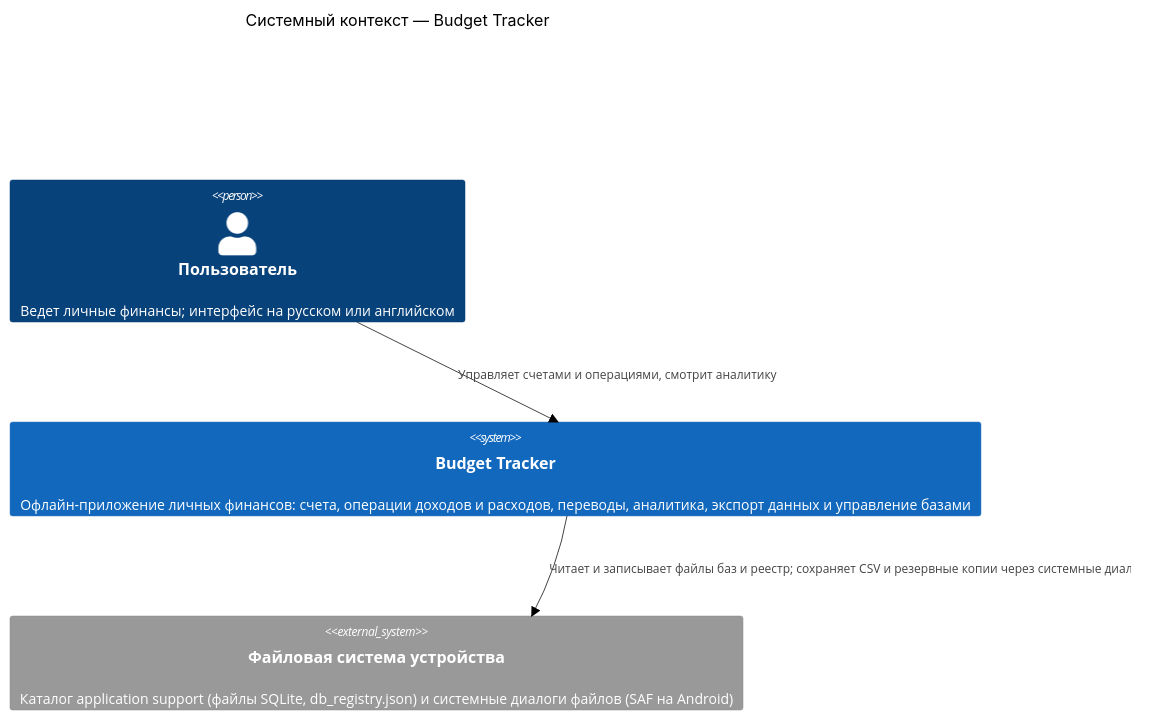
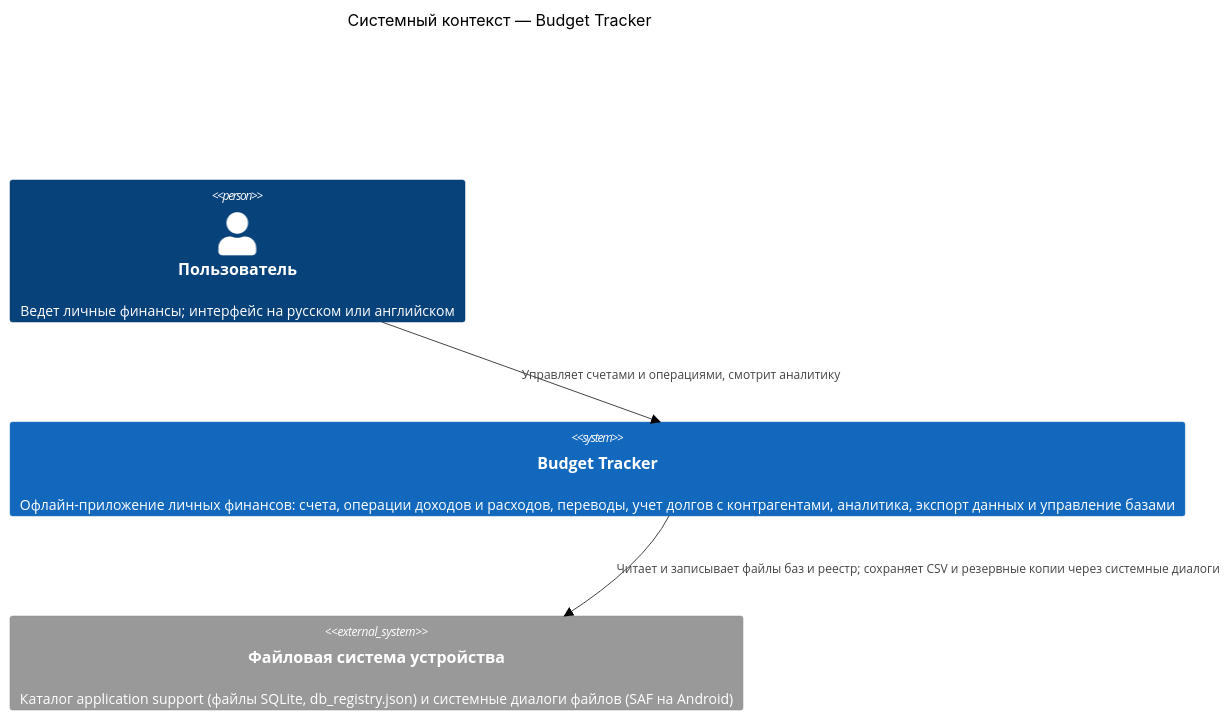
The first of 3 diagrams in docs/architecture/ARCHITECTURE.md (Rico631/budget_tracker), drawn with Mermaid (forest theme) before and after one commit. The commit also changed other lines of this file and 1 other file, not shown here.

First line of the commit message:
docs: refresh architecture snapshot and README for debt tracking

````diff
--- a/docs/architecture/ARCHITECTURE.md
+++ b/docs/architecture/ARCHITECTURE.md
@@ -69,13 +71,13 @@
 ```mermaid
 C4Context
   title Системный контекст — Budget Tracker
 
   Person(user, "Пользователь", "Ведет личные финансы; интерфейс на русском или английском")
 
-  System(bt, "Budget Tracker", "Офлайн-приложение личных финансов: счета, операции доходов и расходов, переводы, аналитика, экспорт данных и управление базами")
+  System(bt, "Budget Tracker", "Офлайн-приложение личных финансов: счета, операции доходов и расходов, переводы, учет долгов с контрагентами, аналитика, экспорт данных и управление базами")
 
   System_Ext(fs, "Файловая система устройства", "Каталог application support (файлы SQLite, db_registry.json) и системные диалоги файлов (SAF на Android)")
 
   Rel(user, bt, "Управляет счетами и операциями, смотрит аналитику")
   Rel(bt, fs, "Читает и записывает файлы баз и реестр; сохраняет CSV и резервные копии через системные диалоги")
 ```
````
